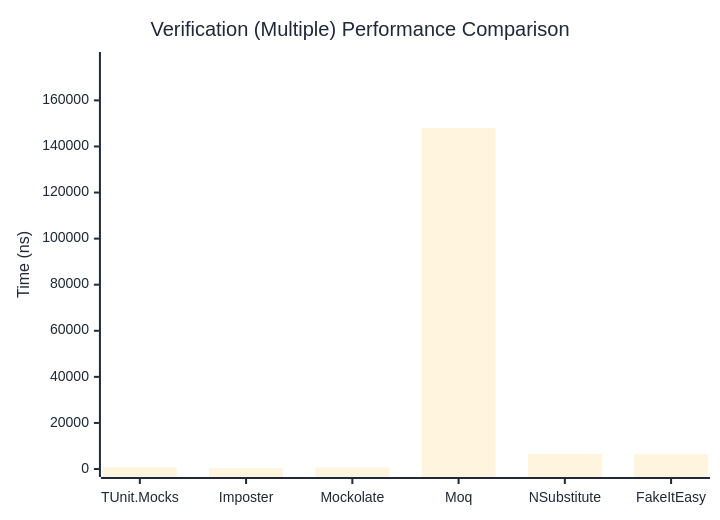
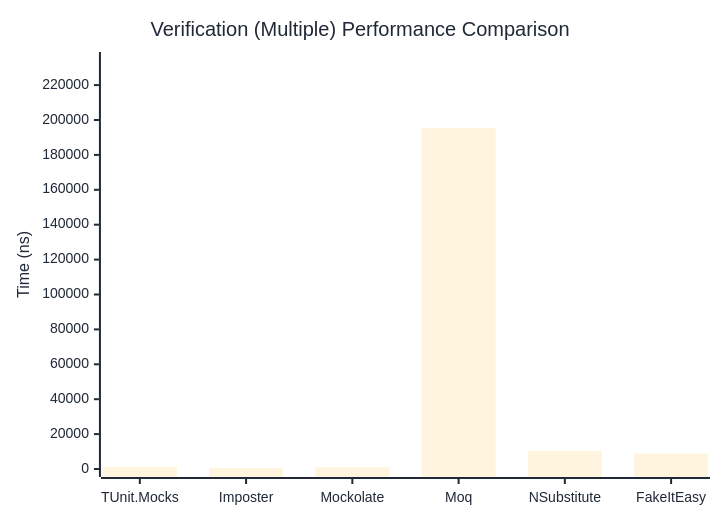
Before and after one commit to thomhurst/TUnit: the third of 3 diagrams in docs/docs/benchmarks/mocks/Verification.md, drawn with Mermaid. The commit also changed other lines of this file and 14 other files, not shown here.

````diff
--- a/docs/docs/benchmarks/mocks/Verification.md
+++ b/docs/docs/benchmarks/mocks/Verification.md
@@ -112,27 +112,27 @@
 ```mermaid
 %%{init: {
   'theme':'base',
   'themeVariables': {
     'primaryColor': '#2563eb',
     'primaryTextColor': '#1f2937',
     'primaryBorderColor': '#1e40af',
     'lineColor': '#6b7280',
     'secondaryColor': '#7c3aed',
     'tertiaryColor': '#dc2626',
     'background': '#ffffff',
     'pie1': '#2563eb',
     'pie2': '#7c3aed',
     'pie3': '#dc2626',
     'pie4': '#f59e0b',
     'pie5': '#10b981',
     'pie6': '#06b6d4',
     'pie7': '#ec4899',
     'pie8': '#6366f1'
   }
 }}%%
 xychart-beta
   title "Verification (Multiple) Performance Comparison"
   x-axis ["TUnit.Mocks", "Imposter", "Mockolate", "Moq", "NSubstitute", "FakeItEasy"]
-  y-axis "Time (ns)" 0 --> 177529
-  bar [758.88, 350.33, 648.6, 147940.55, 6511.22, 6430.4]
+  y-axis "Time (ns)" 0 --> 234377
+  bar [1198.15, 544.14, 977.9, 195313.79, 10388.04, 8756.43]
 ```
````
